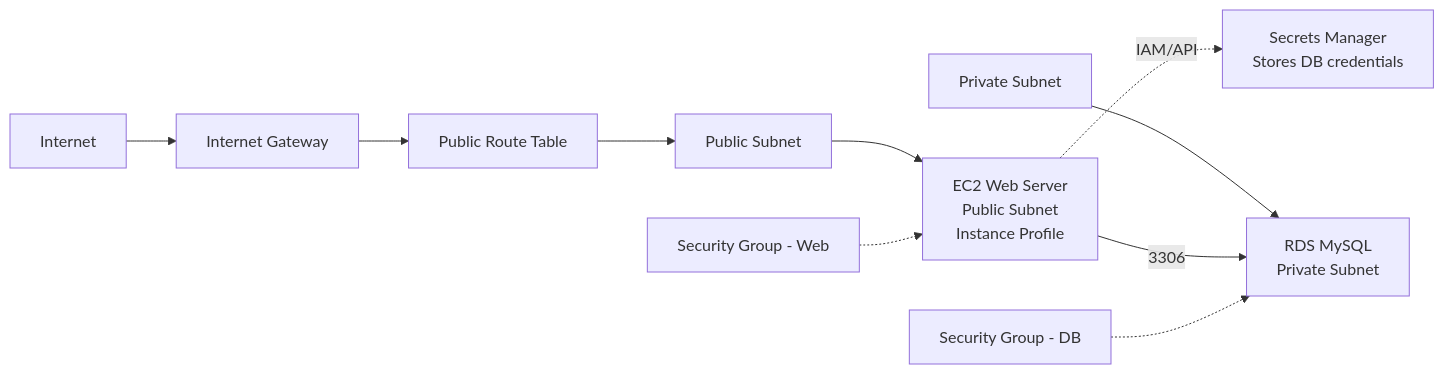
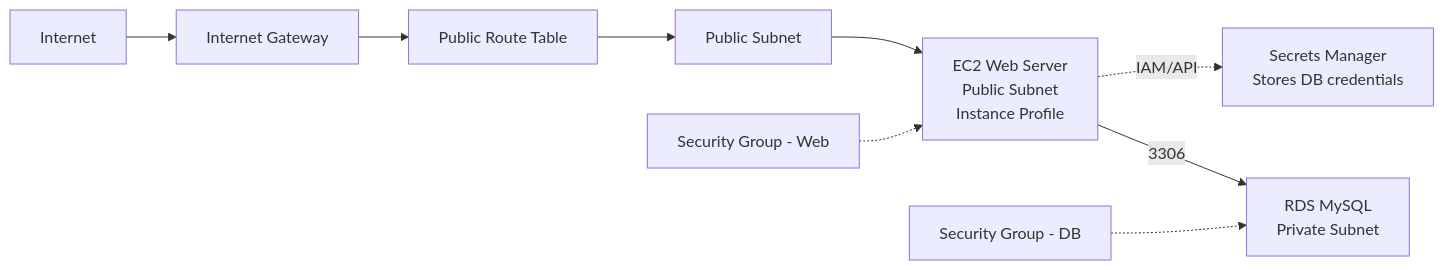
Before and after one commit to bvskarthik18/IaC_using_Terraform: the diagram in 01-aws-tf-web-db-stack/README.md, drawn with Mermaid.

Commit message:
updated Architecture Diagram

````diff
--- a/01-aws-tf-web-db-stack/README.md
+++ b/01-aws-tf-web-db-stack/README.md
@@ -23,25 +23,23 @@
 ```mermaid
 graph LR
   Internet[Internet]
   IGW[Internet Gateway]
   RT[Public Route Table]
   Pub[Public Subnet]
-  Priv[Private Subnet]
   EC2["EC2 Web Server<br/>Public Subnet<br/>Instance Profile"]
   RDS["RDS MySQL<br/>Private Subnet"]
   Secrets["Secrets Manager<br/>Stores DB credentials"]
   SG_WEB["Security Group - Web"]
   SG_DB["Security Group - DB"]
 
   Internet --> IGW
   IGW --> RT
   RT --> Pub
   Pub --> EC2
-  Priv --> RDS
 
   EC2 -.->|IAM/API| Secrets
   EC2 -->|3306| RDS
 
   SG_WEB -.-> EC2
   SG_DB -.-> RDS
 ```
````
